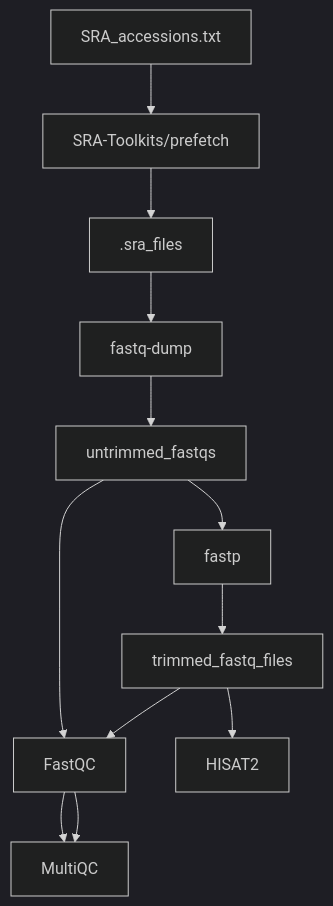
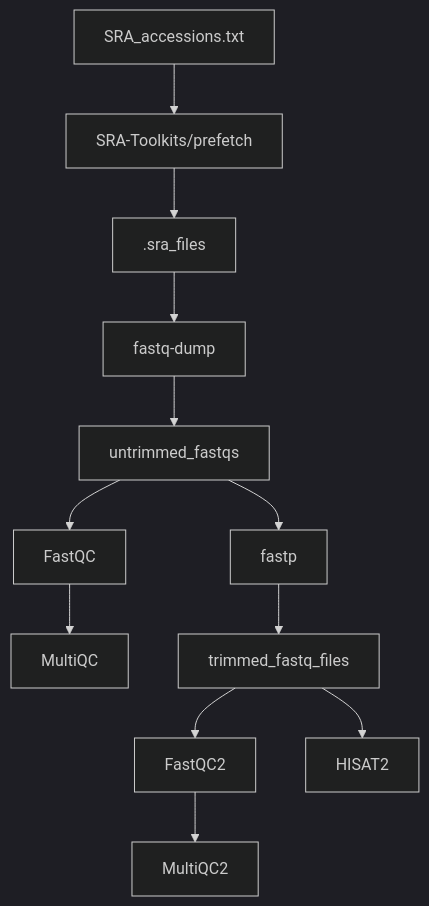
One commit to aharia22/Novel-Biomarker-Prediction-for-Lung-Cancer changed the diagram in README.md. Above: the diagram before and after it, drawn with Mermaid (dark theme).

````diff
--- a/README.md
+++ b/README.md
@@ -16,14 +16,14 @@
 ```mermaid
 graph TD;
     SRA_accessions.txt-->SRA-Toolkits/prefetch;
     SRA-Toolkits/prefetch-->.sra_files;
     .sra_files-->fastq-dump;
     fastq-dump-->untrimmed_fastqs;
     untrimmed_fastqs-->FastQC;
     FastQC-->MultiQC
     untrimmed_fastqs-->fastp;
     fastp-->trimmed_fastq_files;
-    trimmed_fastq_files-->FastQC;
-    FastQC-->MultiQC;
+    trimmed_fastq_files-->FastQC2;
+    FastQC2-->MultiQC2;
     trimmed_fastq_files-->HISAT2;
 ```
````
